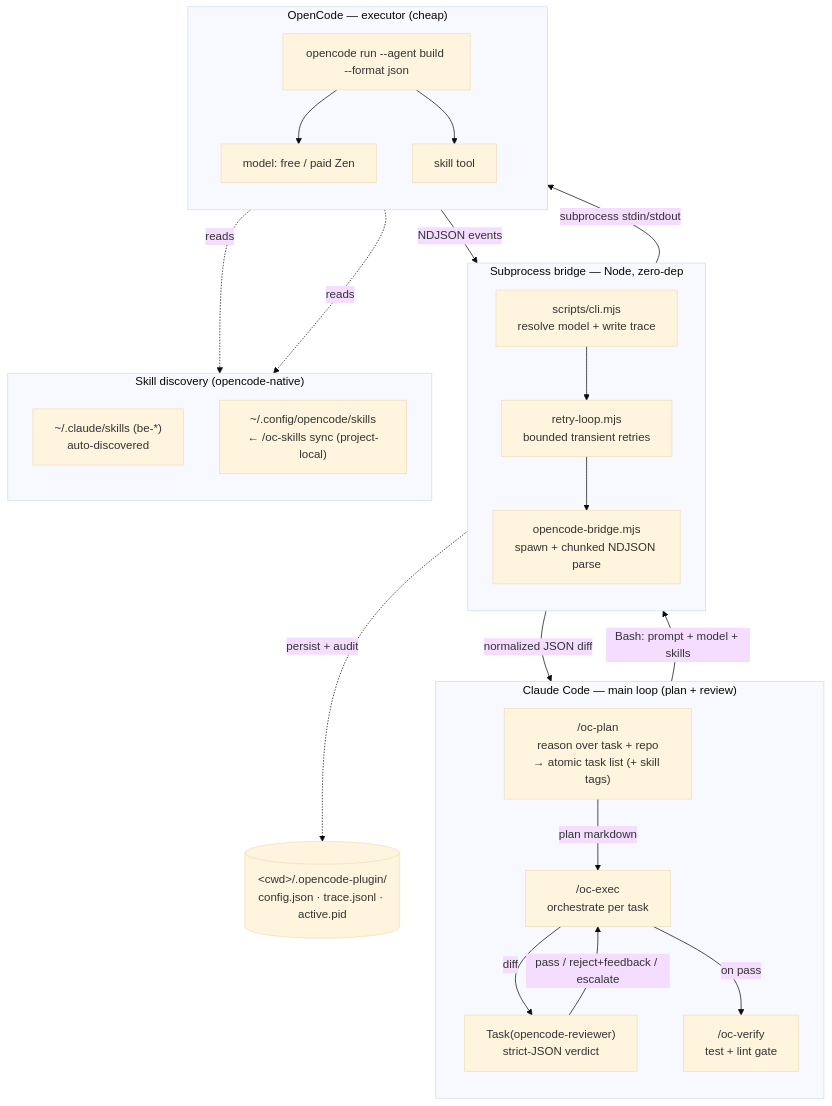
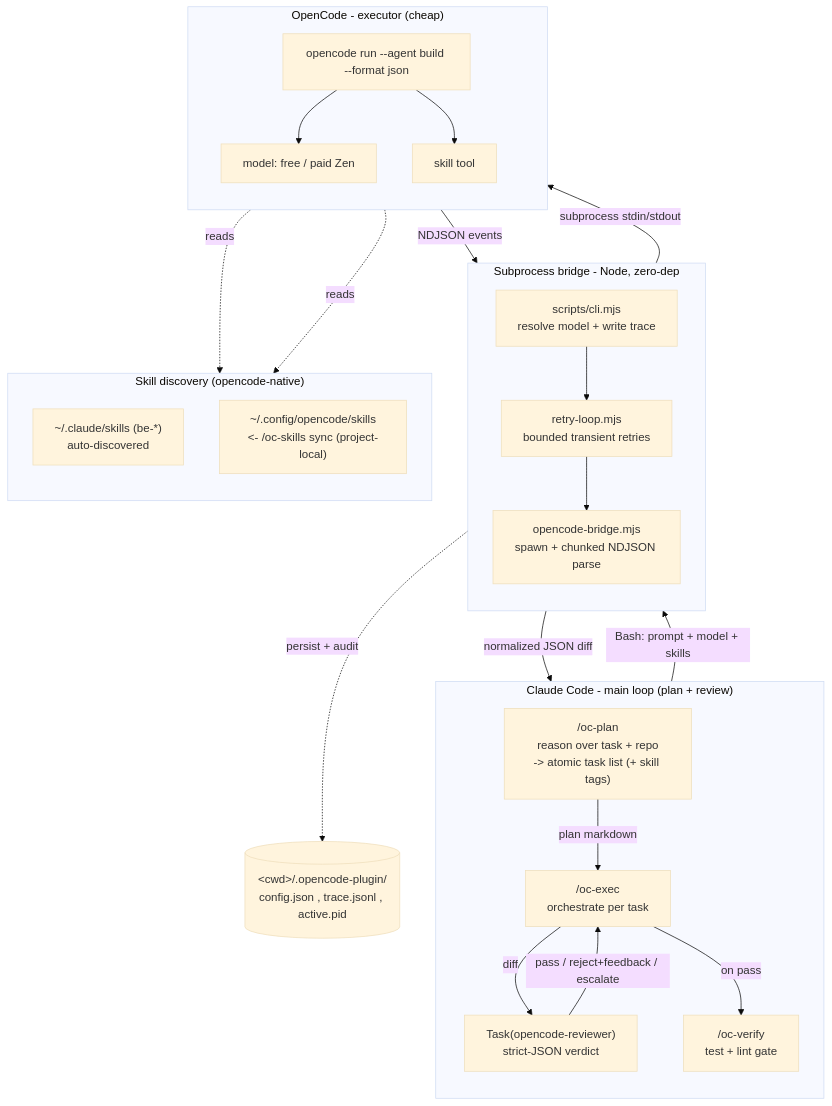
The first of 2 diagrams in README.md (luongndcoder/opencode-plugin-cc), drawn with Mermaid (base theme) before and after one commit. The commit also changed other lines of this file and 29 other files, not shown here.

````diff
--- a/README.md
+++ b/README.md
@@ -138,47 +138,47 @@
 ```mermaid
 flowchart TB
-    subgraph CC["Claude Code — main loop (plan + review)"]
+    subgraph CC["Claude Code - main loop (plan + review)"]
         direction TB
-        Plan["/oc-plan<br/>reason over task + repo<br/>→ atomic task list (+ skill tags)"]
+        Plan["/oc-plan<br/>reason over task + repo<br/>-> atomic task list (+ skill tags)"]
         Exec["/oc-exec<br/>orchestrate per task"]
         Reviewer["Task(opencode-reviewer)<br/>strict-JSON verdict"]
         Verify["/oc-verify<br/>test + lint gate"]
     end
 
-    subgraph Bridge["Subprocess bridge — Node, zero-dep"]
+    subgraph Bridge["Subprocess bridge - Node, zero-dep"]
         direction TB
         CLI["scripts/cli.mjs<br/>resolve model + write trace"]
         Retry["retry-loop.mjs<br/>bounded transient retries"]
         BridgeMod["opencode-bridge.mjs<br/>spawn + chunked NDJSON parse"]
     end
 
-    subgraph OC["OpenCode — executor (cheap)"]
+    subgraph OC["OpenCode - executor (cheap)"]
         direction TB
         Run["opencode run --agent build --format json"]
         Model["model: free / paid Zen"]
         SkillTool["skill tool"]
     end
 
     subgraph Skills["Skill discovery (opencode-native)"]
         direction TB
         Global["~/.claude/skills (be-*)<br/>auto-discovered"]
-        Synced["~/.config/opencode/skills<br/>← /oc-skills sync (project-local)"]
+        Synced["~/.config/opencode/skills<br/><- /oc-skills sync (project-local)"]
     end
 
-    Cfg[("&lt;cwd&gt;/.opencode-plugin/<br/>config.json · trace.jsonl · active.pid")]
+    Cfg[("&lt;cwd&gt;/.opencode-plugin/<br/>config.json , trace.jsonl , active.pid")]
 
     Plan -->|plan markdown| Exec
     Exec -->|"Bash: prompt + model + skills"| CLI
     CLI --> Retry --> BridgeMod
     BridgeMod -->|subprocess stdin/stdout| Run
     Run --> Model
     Run --> SkillTool
     SkillTool -.reads.-> Global
     SkillTool -.reads.-> Synced
     Run -->|NDJSON events| BridgeMod
     BridgeMod -->|normalized JSON diff| Exec
     Exec -->|diff| Reviewer
     Reviewer -->|pass / reject+feedback / escalate| Exec
     Exec -->|on pass| Verify
     CLI -.->|persist + audit| Cfg
 ```
````
